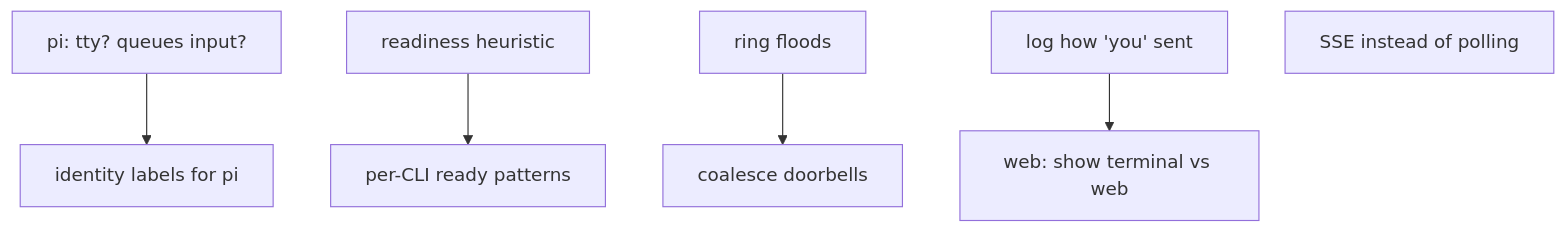
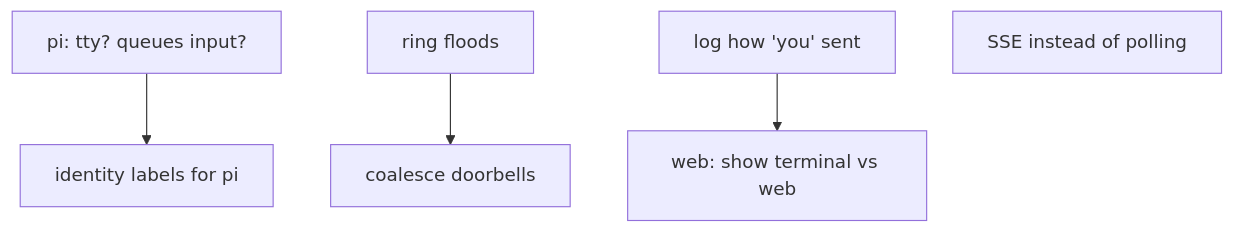
One commit to mifwar/crew changed the diagram in lode/plans/roadmap.md. Above: the diagram before and after it, drawn with Mermaid. The commit also changed other lines of this file and 12 other files, not shown here.

````diff
--- a/lode/plans/roadmap.md
+++ b/lode/plans/roadmap.md
@@ -10,8 +10,7 @@
 ```mermaid
 flowchart TD
   q1[pi: tty? queues input?] --> id[identity labels for pi]
-  q2[readiness heuristic] --> ready[per-CLI ready patterns]
   q3[ring floods] --> coalesce[coalesce doorbells]
   log[log how 'you' sent] --> web2[web: show terminal vs web]
   sse[SSE instead of polling]
 ```
````
